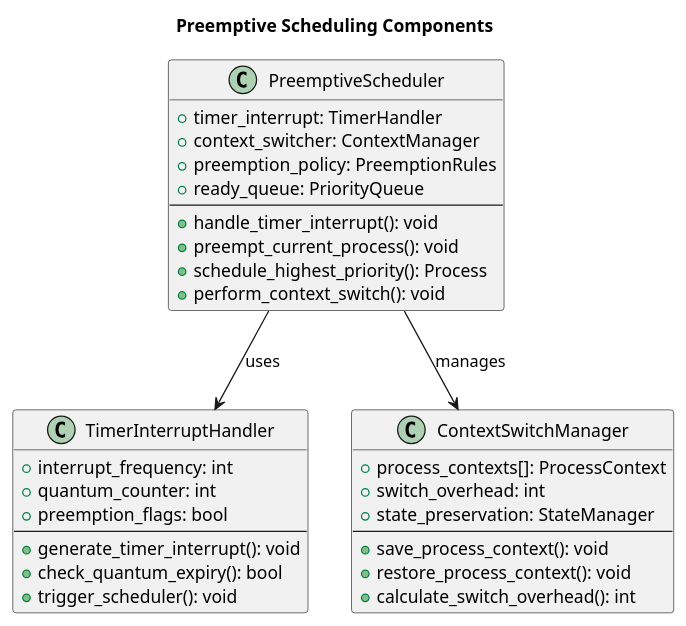
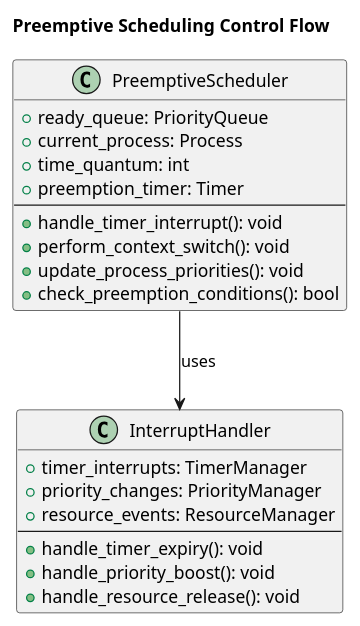
The second of 3 diagrams in Part-2/Ch-6-CPU-Scheduling/Preemptive-vs-Non-preemptive-Scheduling.md (mohitmishra786/myJourneyOfBuildingOS), drawn with PlantUML before and after one commit. The commit also changed other lines of this file and 5 other files, not shown here.

````diff
--- a/Part-2/Ch-6-CPU-Scheduling/Preemptive-vs-Non-preemptive-Scheduling.md
+++ b/Part-2/Ch-6-CPU-Scheduling/Preemptive-vs-Non-preemptive-Scheduling.md
@@ -241,40 +162,29 @@
 ```plantuml
 @startuml
-title "Preemptive Scheduling Components"
+title "Preemptive Scheduling Control Flow"
 
 class PreemptiveScheduler {
-    +timer_interrupt: TimerHandler
-    +context_switcher: ContextManager
-    +preemption_policy: PreemptionRules
     +ready_queue: PriorityQueue
+    +current_process: Process
+    +time_quantum: int
+    +preemption_timer: Timer
     --
     +handle_timer_interrupt(): void
-    +preempt_current_process(): void
-    +schedule_highest_priority(): Process
     +perform_context_switch(): void
+    +update_process_priorities(): void
+    +check_preemption_conditions(): bool
 }
 
-class TimerInterruptHandler {
-    +interrupt_frequency: int
-    +quantum_counter: int
-    +preemption_flags: bool
+class InterruptHandler {
+    +timer_interrupts: TimerManager
+    +priority_changes: PriorityManager
+    +resource_events: ResourceManager
     --
-    +generate_timer_interrupt(): void
-    +check_quantum_expiry(): bool
-    +trigger_scheduler(): void
+    +handle_timer_expiry(): void
+    +handle_priority_boost(): void
+    +handle_resource_release(): void
 }
 
-class ContextSwitchManager {
-    +process_contexts[]: ProcessContext
-    +switch_overhead: int
-    +state_preservation: StateManager
-    --
-    +save_process_context(): void
-    +restore_process_context(): void
-    +calculate_switch_overhead(): int
-}
-
-PreemptiveScheduler --> TimerInterruptHandler : uses
-PreemptiveScheduler --> ContextSwitchManager : manages
+PreemptiveScheduler --> InterruptHandler : uses
 @enduml
 ```
````
